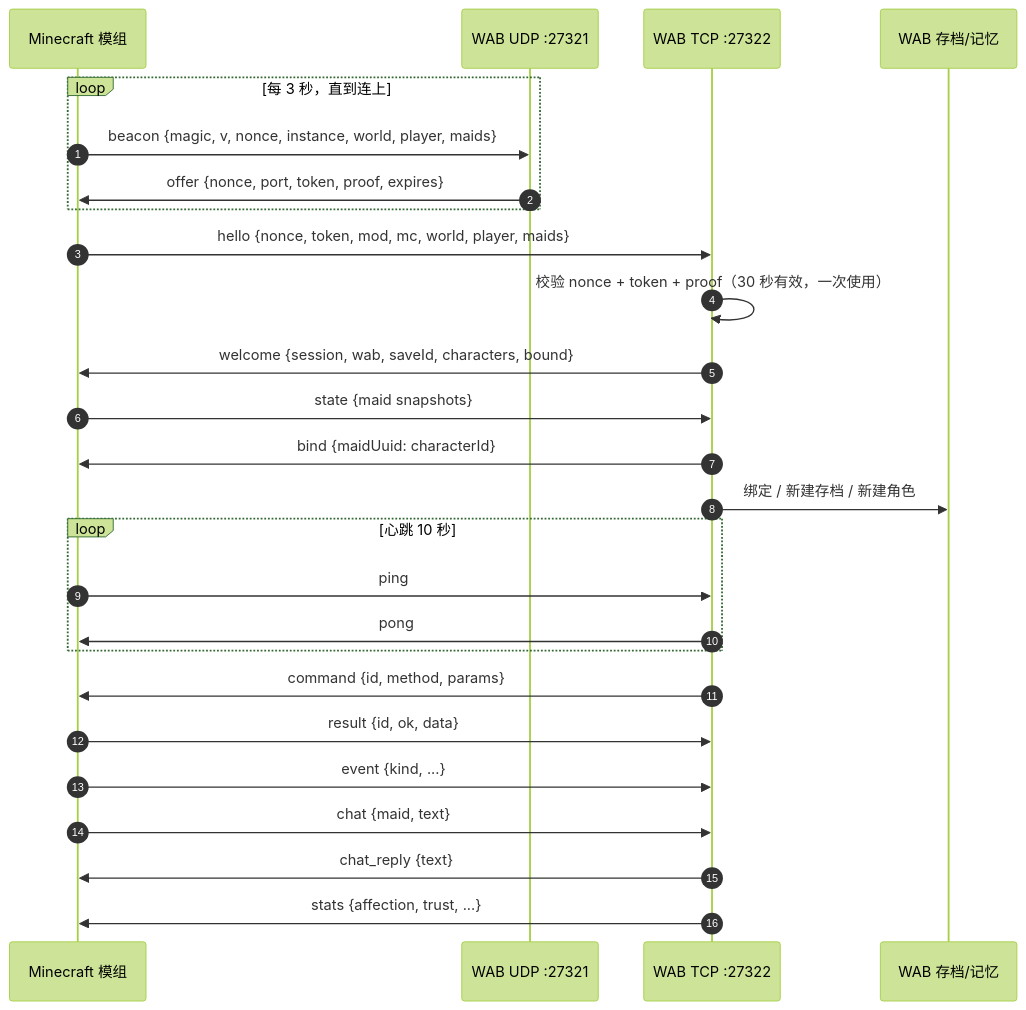
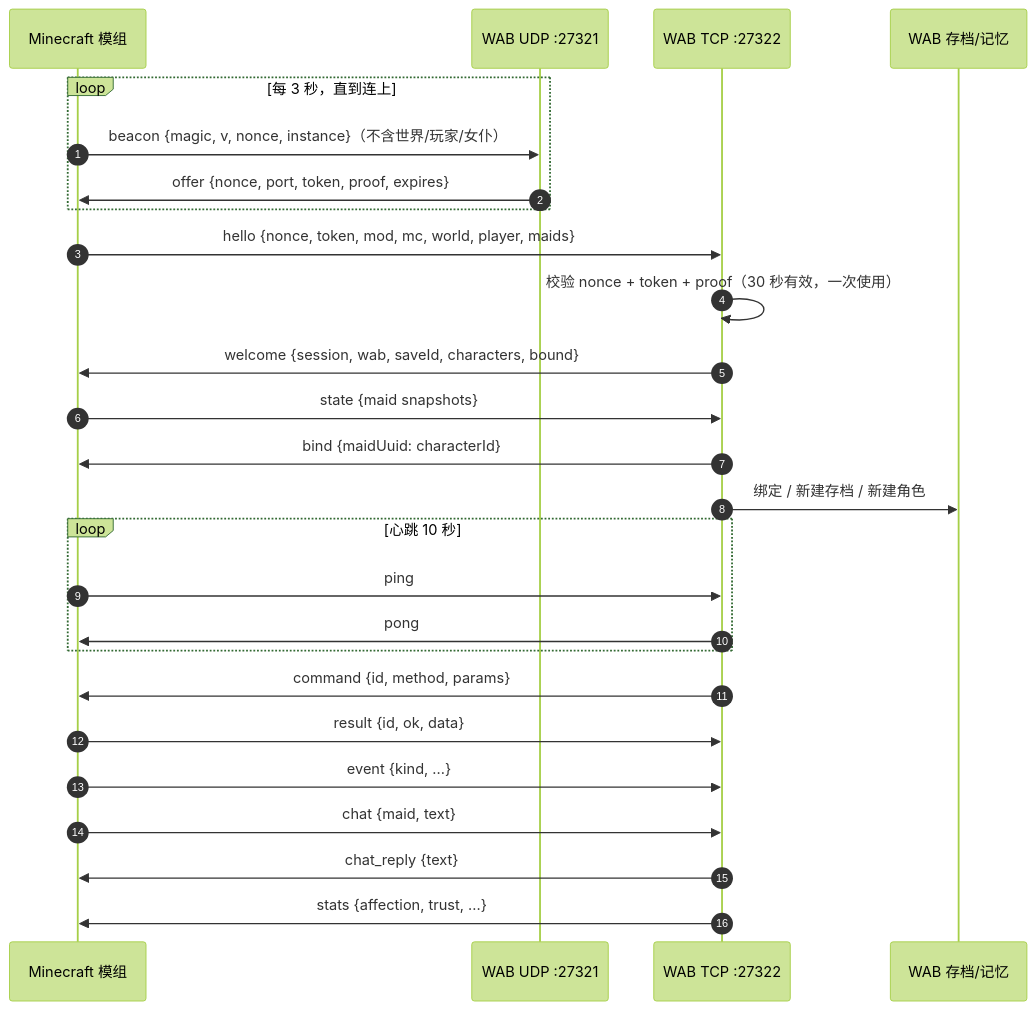
Before and after one commit to gongchanwangzilin/WarmAsBefore: the second of 2 diagrams in docs/minecraft-maid-bridge.md, drawn with Mermaid (forest theme). The commit also changed other lines of this file and 4 other files, not shown here.

````diff
--- a/docs/minecraft-maid-bridge.md
+++ b/docs/minecraft-maid-bridge.md
@@ -65,29 +65,29 @@
 ```mermaid
 sequenceDiagram
   autonumber
   participant M as Minecraft 模组
   participant U as WAB UDP :27321
   participant H as WAB TCP :27322
   participant W as WAB 存档/记忆
 
   loop 每 3 秒，直到连上
-    M->>U: beacon {magic, v, nonce, instance, world, player, maids}
+    M->>U: beacon {magic, v, nonce, instance}（不含世界/玩家/女仆）
     U->>M: offer {nonce, port, token, proof, expires}
   end
   M->>H: hello {nonce, token, mod, mc, world, player, maids}
   H->>H: 校验 nonce + token + proof（30 秒有效，一次使用）
   H->>M: welcome {session, wab, saveId, characters, bound}
   M->>H: state {maid snapshots}
   H->>M: bind {maidUuid: characterId}
   H->>W: 绑定 / 新建存档 / 新建角色
   loop 心跳 10 秒
     M->>H: ping
     H->>M: pong
   end
   H->>M: command {id, method, params}
   M->>H: result {id, ok, data}
   M->>H: event {kind, ...}
   M->>H: chat {maid, text}
   H->>M: chat_reply {text}
   H->>M: stats {affection, trust, ...}
 ```
````
